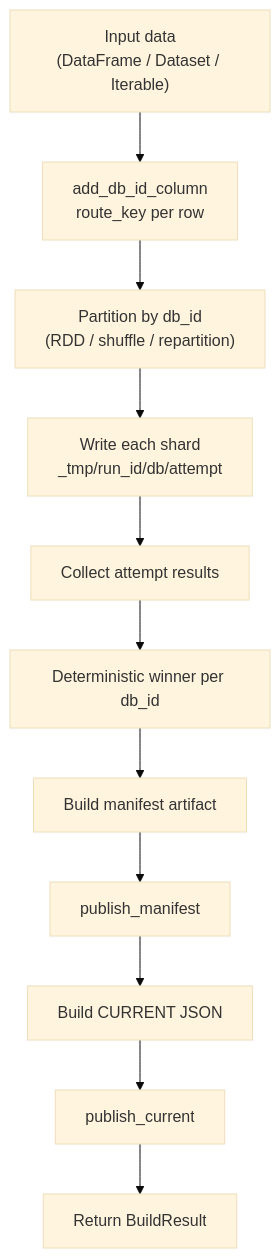
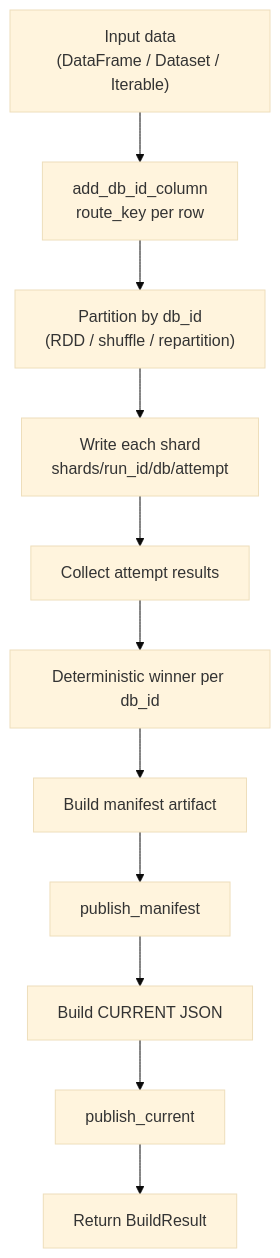
Before and after one commit to elkin/shardyfusion: the second of 4 diagrams in docs/how-it-works.md, drawn with Mermaid (base theme). The commit also changed other lines of this file and 2 other files, not shown here.

First line of the commit message:
docs: update documentation for shard_prefix rename

````diff
--- a/docs/how-it-works.md
+++ b/docs/how-it-works.md
@@ -267,13 +267,13 @@
 ```mermaid
 flowchart TD
     A["Input data<br/>(DataFrame / Dataset / Iterable)"] --> B[add_db_id_column<br/>route_key per row]
     B --> C["Partition by db_id<br/>(RDD / shuffle / repartition)"]
-    C --> D["Write each shard<br/>_tmp/run_id/db/attempt"]
+    C --> D["Write each shard<br/>shards/run_id/db/attempt"]
     D --> E[Collect attempt results]
     E --> F[Deterministic winner per db_id]
     F --> G[Build manifest artifact]
     G --> H[publish_manifest]
     H --> I[Build CURRENT JSON]
     I --> J[publish_current]
     J --> K[Return BuildResult]
 ```
````
